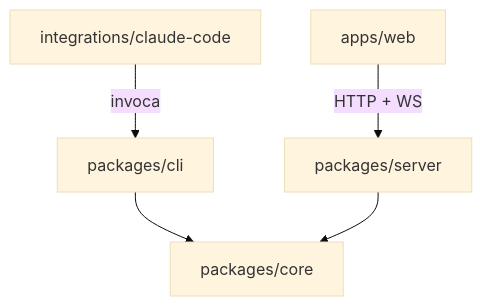
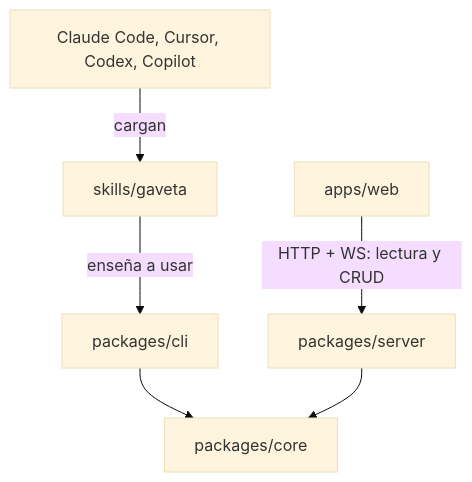
Before and after one commit to antonioaren/gaveta: the second of 3 diagrams in docs/TASKS.md, drawn with Mermaid (base theme). The commit also changed other lines of this file and 2 other files, not shown here.

Commit message:
docs: approve decisions, add agent skill (DEC-08) and full CRUD in app

````diff
--- a/docs/TASKS.md
+++ b/docs/TASKS.md
@@ -48,7 +48,8 @@
 ```mermaid
 flowchart TB
   Cli["packages/cli"] --> Core["packages/core"]
   Server["packages/server"] --> Core
-  Web["apps/web"] -->|"HTTP + WS"| Server
-  Integrations["integrations/claude-code"] -->|"invoca"| Cli
+  Web["apps/web"] -->|"HTTP + WS: lectura y CRUD"| Server
+  Skill["skills/gaveta"] -->|"enseña a usar"| Cli
+  Agents["Claude Code, Cursor, Codex, Copilot"] -->|"cargan"| Skill
 ```
````
